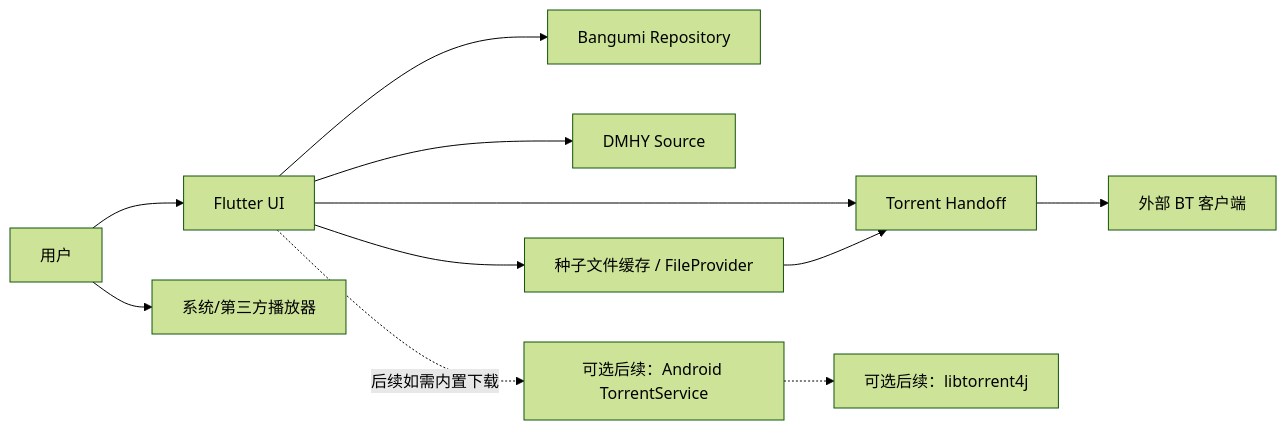
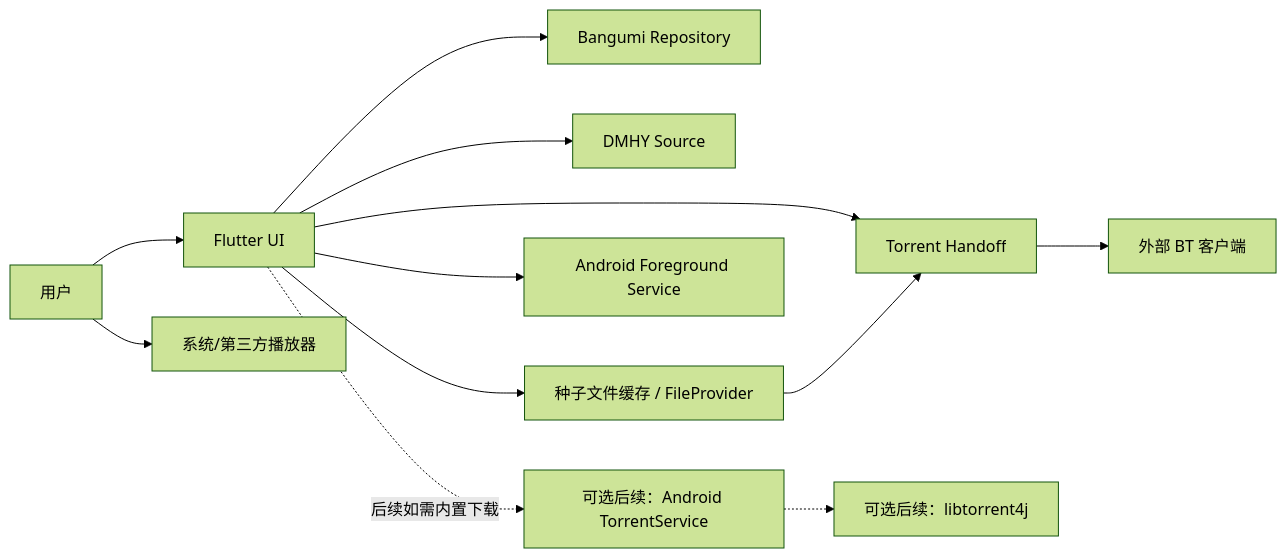
Before and after one commit to RailyW/anime-mobile-torrent: the diagram in docs/architecture/proposed-roadmap.md, drawn with Mermaid (forest theme). The commit also changed other lines of this file and 20 other files, not shown here.

````diff
--- a/docs/architecture/proposed-roadmap.md
+++ b/docs/architecture/proposed-roadmap.md
@@ -9,24 +9,26 @@
 ```mermaid
 flowchart LR
     User["用户"]
     Flutter["Flutter UI"]
     Bangumi["Bangumi Repository"]
     Dmhy["DMHY Source"]
     SeedStore["种子文件缓存 / FileProvider"]
     TorrentHandoff["Torrent Handoff"]
     ExternalTorrentClient["外部 BT 客户端"]
+    BackgroundService["Android Foreground Service"]
     AndroidService["可选后续：Android TorrentService"]
     TorrentCore["可选后续：libtorrent4j"]
     Player["系统/第三方播放器"]
 
     User --> Flutter
     Flutter --> Bangumi
     Flutter --> Dmhy
     Flutter --> SeedStore
     Flutter --> TorrentHandoff
+    Flutter --> BackgroundService
     SeedStore --> TorrentHandoff
     TorrentHandoff --> ExternalTorrentClient
     User --> Player
     Flutter -. 后续如需内置下载 .-> AndroidService
     AndroidService -.-> TorrentCore
 ```
````
